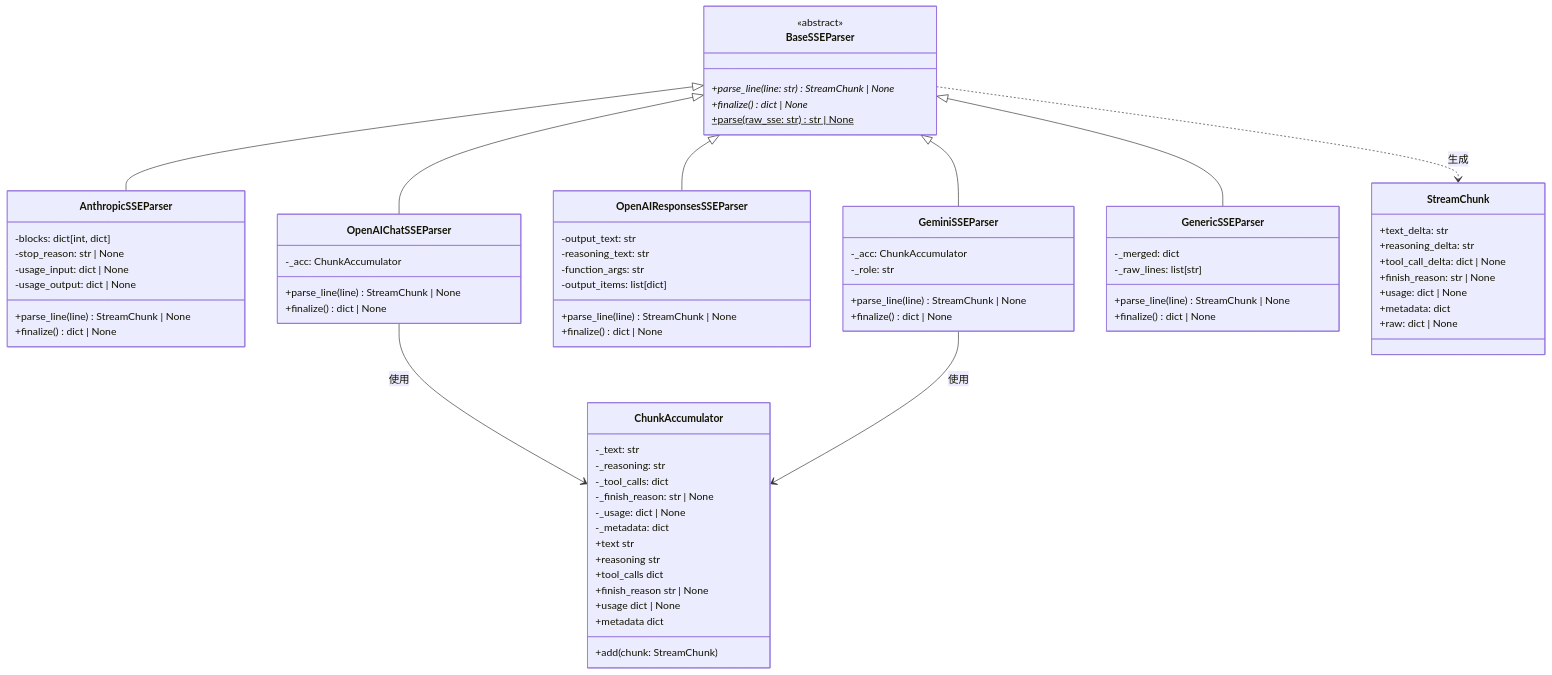
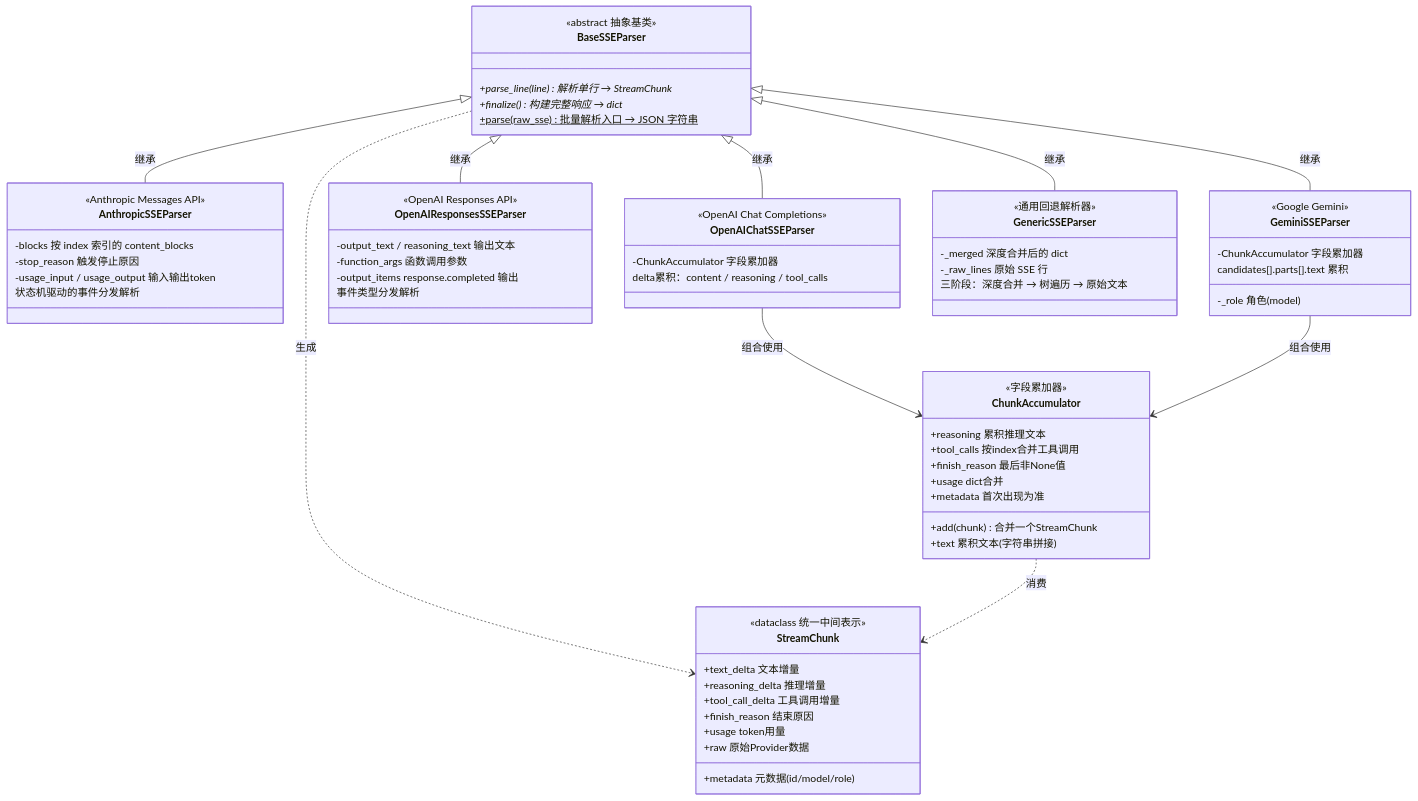
Before and after one commit to HaoCheng-Wang/llm-proxy: the ninth of 24 diagrams in README.md, drawn with Mermaid. The commit also changed other lines of this file, not shown here.

````diff
--- a/README.md
+++ b/README.md
@@ -369,75 +369,70 @@
 ```mermaid
 classDiagram
     class BaseSSEParser {
-        <<abstract>>
-        +parse_line(line: str) StreamChunk | None*
-        +finalize() dict | None*
-        +parse(raw_sse: str) str | None$
+        <<abstract 抽象基类>>
+        +parse_line(line) 解析单行 → StreamChunk*
+        +finalize() 构建完整响应 → dict*
+        +parse(raw_sse) 批量解析入口 → JSON 字符串$
     }
     class AnthropicSSEParser {
-        -blocks: dict[int, dict]
-        -stop_reason: str | None
-        -usage_input: dict | None
-        -usage_output: dict | None
-        +parse_line(line) StreamChunk | None
-        +finalize() dict | None
+        <<Anthropic Messages API>>
+        -blocks 按 index 索引的 content_blocks
+        -stop_reason 触发停止原因
+        -usage_input / usage_output 输入输出token
+        状态机驱动的事件分发解析
     }
     class OpenAIChatSSEParser {
-        -_acc: ChunkAccumulator
-        +parse_line(line) StreamChunk | None
-        +finalize() dict | None
+        <<OpenAI Chat Completions>>
+        -ChunkAccumulator 字段累加器
+        delta累积：content / reasoning / tool_calls
     }
     class OpenAIResponsesSSEParser {
-        -output_text: str
-        -reasoning_text: str
-        -function_args: str
-        -output_items: list[dict]
-        +parse_line(line) StreamChunk | None
-        +finalize() dict | None
+        <<OpenAI Responses API>>
+        -output_text / reasoning_text 输出文本
+        -function_args 函数调用参数
+        -output_items response.completed 输出
+        事件类型分发解析
     }
     class GeminiSSEParser {
-        -_acc: ChunkAccumulator
-        -_role: str
-        +parse_line(line) StreamChunk | None
-        +finalize() dict | None
+        <<Google Gemini>>
+        -ChunkAccumulator 字段累加器
+        -_role 角色 (model)
+        candidates[].parts[].text 累积
     }
     class GenericSSEParser {
-        -_merged: dict
-        -_raw_lines: list[str]
-        +parse_line(line) StreamChunk | None
-        +finalize() dict | None
+        <<通用回退解析器>>
+        -_merged 深度合并后的 dict
+        -_raw_lines 原始 SSE 行
+        三阶段：深度合并 → 树遍历 → 原始文本
     }
     class StreamChunk {
-        +text_delta: str
-        +reasoning_delta: str
-        +tool_call_delta: dict | None
-        +finish_reason: str | None
-        +usage: dict | None
-        +metadata: dict
-        +raw: dict | None
+        <<dataclass 统一中间表示>>
+        +text_delta 文本增量
+        +reasoning_delta 推理增量
+        +tool_call_delta 工具调用增量
+        +finish_reason 结束原因
+        +usage token用量
+        +metadata 元数据(id/model/role)
+        +raw 原始Provider数据
     }
     class ChunkAccumulator {
-        -_text: str
-        -_reasoning: str
-        -_tool_calls: dict
-        -_finish_reason: str | None
-        -_usage: dict | None
-        -_metadata: dict
-        +add(chunk: StreamChunk)
-        +text str
-        +reasoning str
-        +tool_calls dict
-        +finish_reason str | None
-        +usage dict | None
-        +metadata dict
+        <<字段累加器>>
+        +add(chunk) 合并一个StreamChunk
+        +text 累积文本(字符串拼接)
+        +reasoning 累积推理文本
+        +tool_calls 按index合并工具调用
+        +finish_reason 最后非None值
+        +usage dict合并
+        +metadata 首次出现为准
     }
 
-    BaseSSEParser <|-- AnthropicSSEParser
-    BaseSSEParser <|-- OpenAIChatSSEParser
-    BaseSSEParser <|-- OpenAIResponsesSSEParser
-    BaseSSEParser <|-- GeminiSSEParser
-    BaseSSEParser <|-- GenericSSEParser
-    OpenAIChatSSEParser --> ChunkAccumulator : 使用
-    GeminiSSEParser --> ChunkAccumulator : 使用
+    BaseSSEParser <|-- AnthropicSSEParser : 继承
+    BaseSSEParser <|-- OpenAIChatSSEParser : 继承
+    BaseSSEParser <|-- OpenAIResponsesSSEParser : 继承
+    BaseSSEParser <|-- GeminiSSEParser : 继承
+    BaseSSEParser <|-- GenericSSEParser : 继承
+    OpenAIChatSSEParser --> ChunkAccumulator : 组合使用
+    GeminiSSEParser --> ChunkAccumulator : 组合使用
     BaseSSEParser ..> StreamChunk : 生成
+    ChunkAccumulator ..> StreamChunk : 消费
 ```
````
